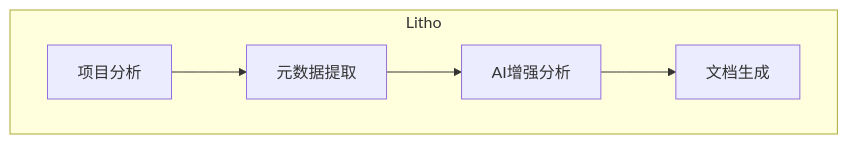
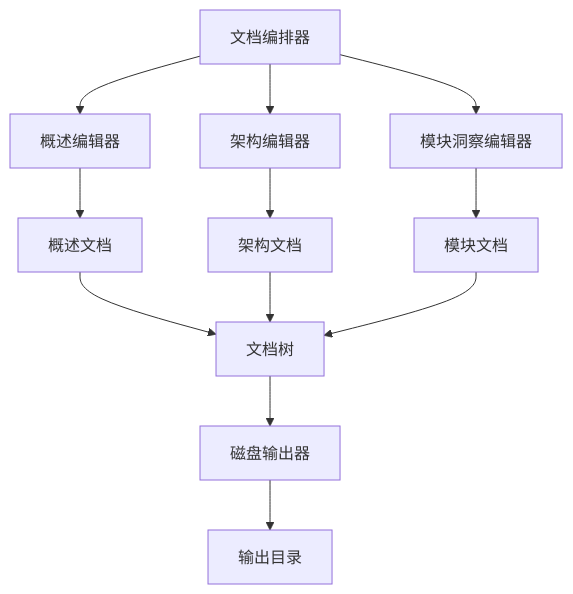
The third of 5 diagrams in README_zh.md (BigtoC/deepwiki-rs), drawn with Mermaid before and after one commit. The commit also changed other lines of this file and 1 other file, not shown here.

Commit message:
Revamp README with expanded architecture and usage docs

````diff
--- a/README_zh.md
+++ b/README_zh.md
@@ -54,8 +105,14 @@
 ```mermaid
-graph TD
-    subgraph Litho
-        A[项目分析] --> B[元数据提取]
-        B --> C[AI增强分析]
-        C --> D[文档生成]
-    end
+flowchart TD
+A[文档编排器] --> B[概述编辑器]
+A --> C[架构编辑器]
+A --> D[模块洞察编辑器]
+B --> E[概述文档]
+C --> F[架构文档]
+D --> G[模块文档]
+E --> H[文档树]
+F --> H
+G --> H
+H --> I[磁盘输出器]
+I --> J[输出目录]
 ```
````
